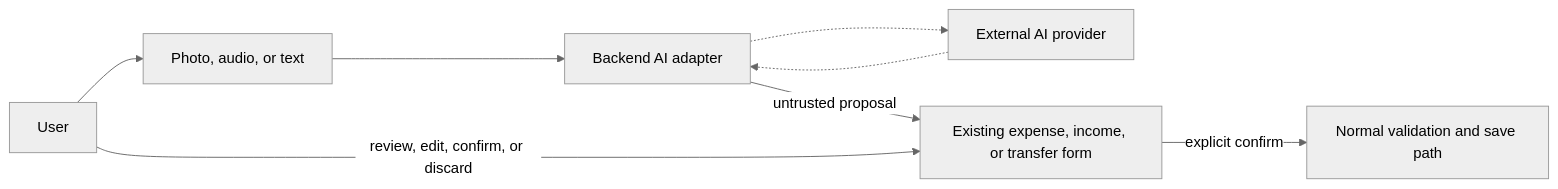
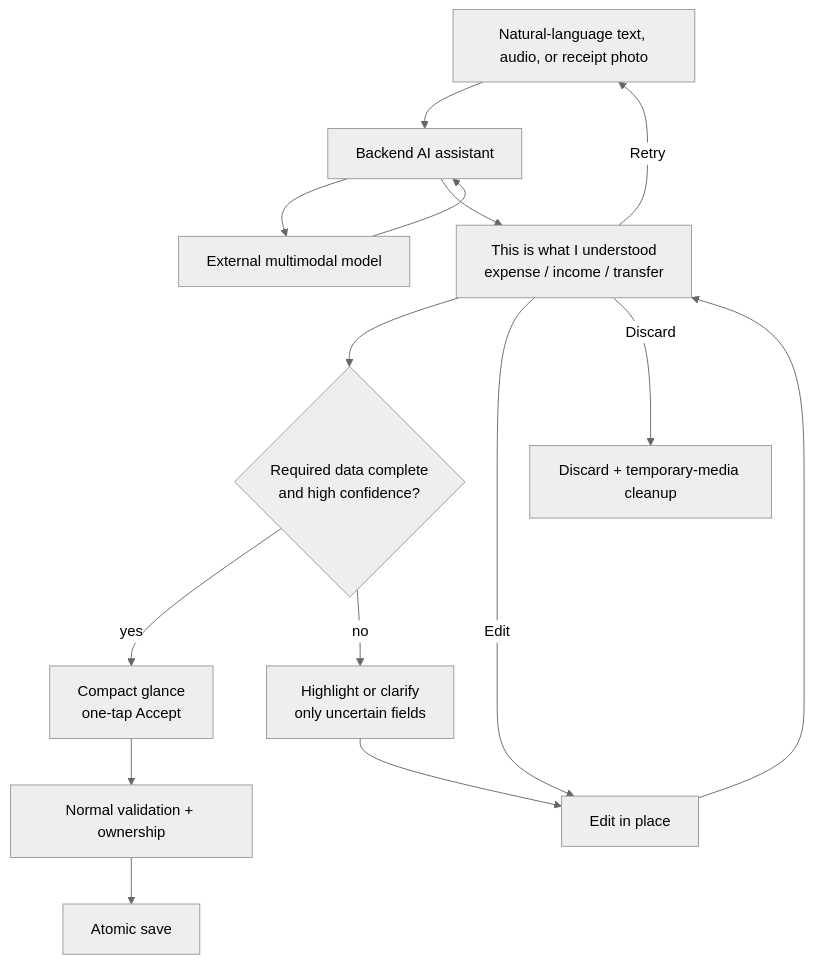
One commit to NullCorvus/finance-ai changed the third of 3 diagrams in docs/ARCHITECTURE.md. Above: the diagram before and after it, drawn with Mermaid (neutral theme). The commit also changed other lines of this file and 90 other files, not shown here.

````diff
--- a/docs/ARCHITECTURE.md
+++ b/docs/ARCHITECTURE.md
@@ -221,17 +74,24 @@
 ```mermaid
-flowchart LR
-    User["User"]
-    Input["Photo, audio, or text"]
-    Adapter["Backend AI adapter"]
-    LLM["External AI provider"]
-    Proposal["Existing expense, income, or transfer form"]
-    Core["Normal validation and save path"]
+flowchart TD
+    input["Natural-language text, audio, or receipt photo"]
+    adapter["Backend AI assistant"]
+    model["External multimodal model"]
+    proposal["This is what I understood<br/>expense / income / transfer"]
+    confidence{"Required data complete<br/>and high confidence?"}
+    glance["Compact glance<br/>one-tap Accept"]
+    focus["Highlight or clarify<br/>only uncertain fields"]
+    edit["Edit in place"]
+    validate["Normal validation + ownership"]
+    save["Atomic save"]
+    discard["Discard + temporary-media cleanup"]
 
-    User --> Input
-    Input --> Adapter
-    Adapter -.-> LLM
-    LLM -.-> Adapter
-    Adapter -->|"untrusted proposal"| Proposal
-    User -->|"review, edit, confirm, or discard"| Proposal
-    Proposal -->|"explicit confirm"| Core
+    input --> adapter --> model --> adapter --> proposal --> confidence
+    confidence -->|"yes"| glance
+    confidence -->|"no"| focus
+    focus --> edit --> proposal
+    glance --> validate
+    proposal -->|"Edit"| edit
+    proposal -->|"Retry"| input
+    proposal -->|"Discard"| discard
+    validate --> save
 ```
````
